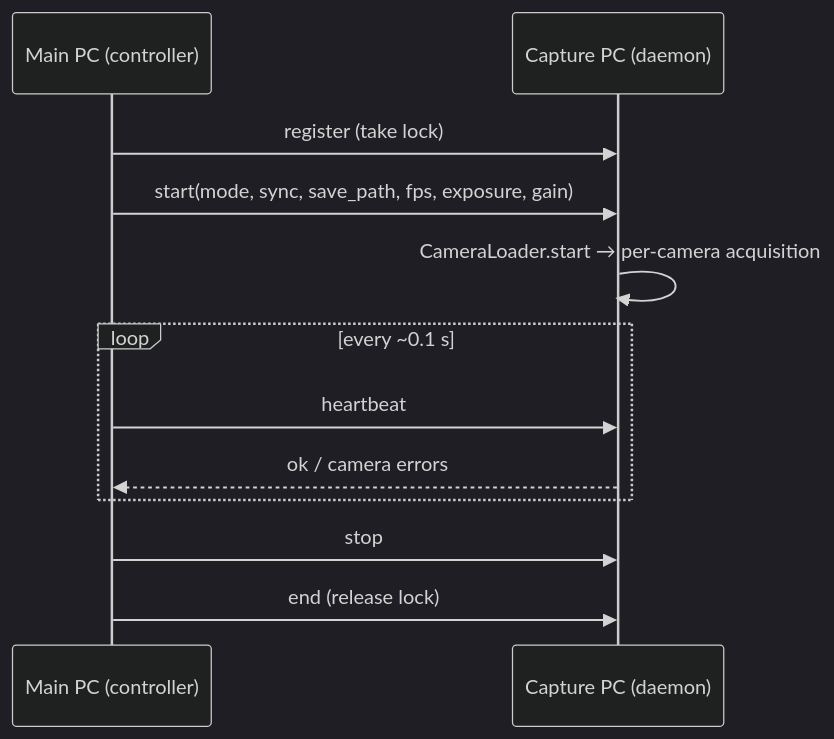
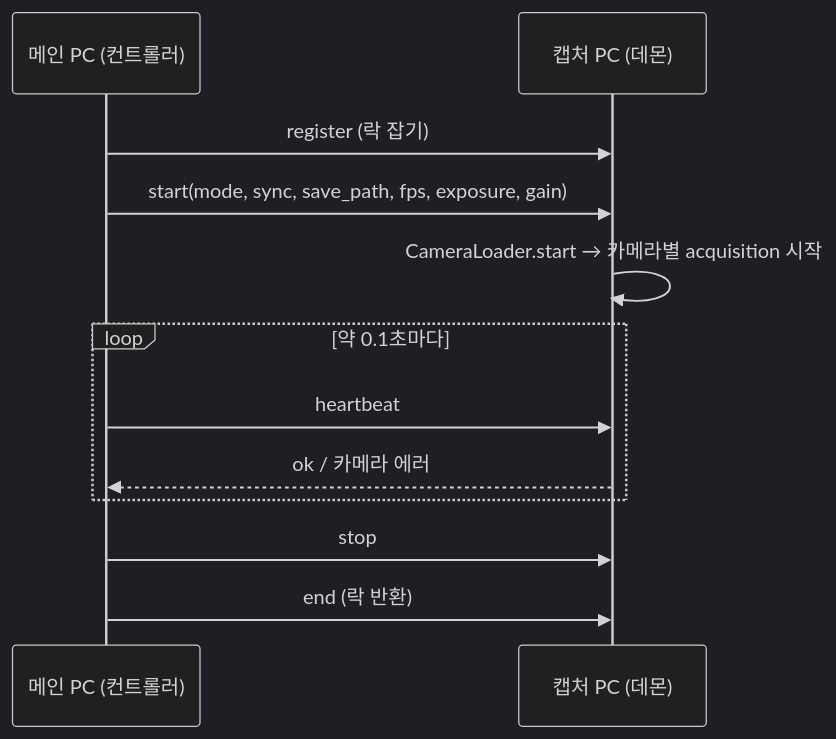
One commit to willi19/paradex changed the second of 6 diagrams in docs/camera_system.md. Above: the diagram before and after it, drawn with Mermaid (dark theme). The commit also changed other lines of this file and 154 other files, not shown here.

First line of the commit message:
docs: rewrite Camera System guide in Korean, flowing explanatory prose

````diff
--- a/docs/camera_system.md
+++ b/docs/camera_system.md
@@ -41,14 +49,14 @@
 ```{mermaid}
 sequenceDiagram
-    participant M as Main PC (controller)
-    participant D as Capture PC (daemon)
-    M->>D: register (take lock)
+    participant M as 메인 PC (컨트롤러)
+    participant D as 캡처 PC (데몬)
+    M->>D: register (락 잡기)
     M->>D: start(mode, sync, save_path, fps, exposure, gain)
-    D->>D: CameraLoader.start → per-camera acquisition
-    loop every ~0.1 s
+    D->>D: CameraLoader.start → 카메라별 acquisition 시작
+    loop 약 0.1초마다
       M->>D: heartbeat
-      D-->>M: ok  /  camera errors
+      D-->>M: ok / 카메라 에러
     end
     M->>D: stop
-    M->>D: end (release lock)
+    M->>D: end (락 반환)
 ```
````
